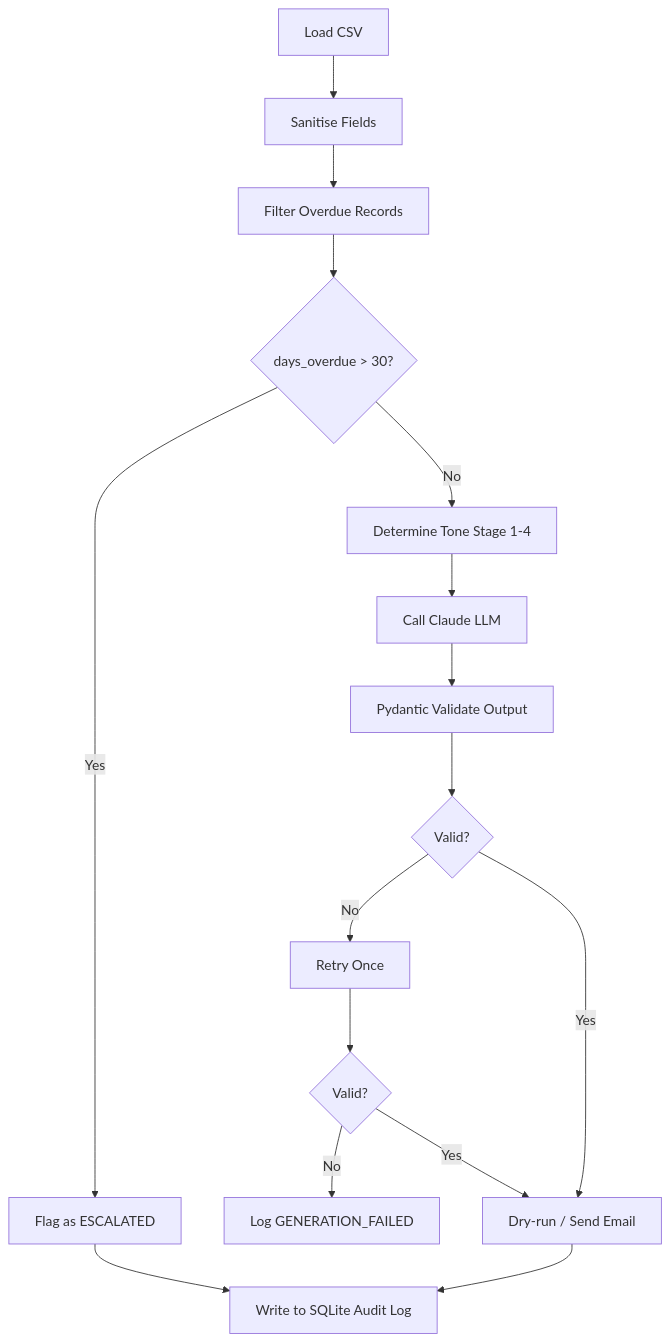
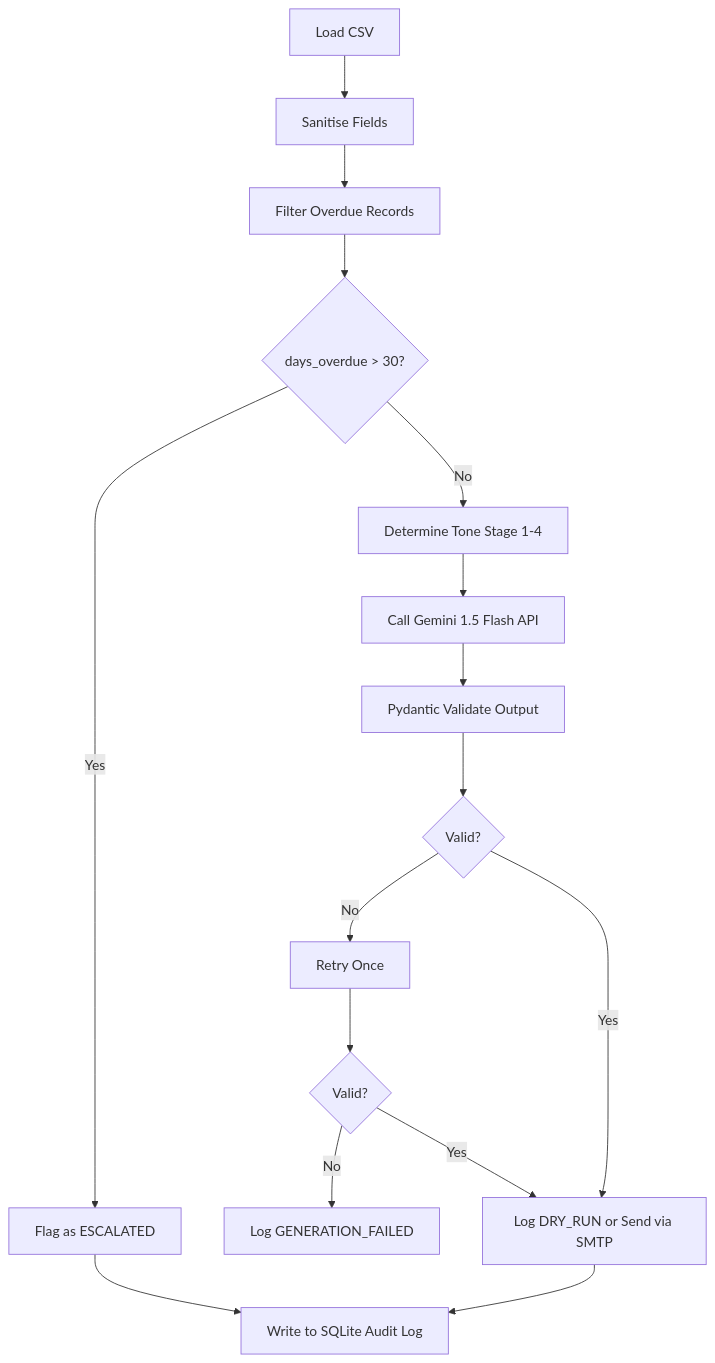
Before and after one commit to gauravYadav647/finance-email-agent: the diagram in README.md, drawn with Mermaid. The commit also changed other lines of this file and 4 other files, not shown here.

Commit message:
Fix: Gemini LLM, DRY_RUN mode, security mitigations

````diff
--- a/README.md
+++ b/README.md
@@ -13,18 +13,18 @@
 ```mermaid
 graph TD
   A[Load CSV] --> B[Sanitise Fields]
   B --> C[Filter Overdue Records]
   C --> D{days_overdue > 30?}
   D -- Yes --> E[Flag as ESCALATED]
   D -- No --> F[Determine Tone Stage 1-4]
-  F --> G[Call Claude LLM]
+  F --> G[Call Gemini 1.5 Flash API]
   G --> H[Pydantic Validate Output]
   H --> I{Valid?}
   I -- No --> J[Retry Once]
   J --> K{Valid?}
   K -- No --> L[Log GENERATION_FAILED]
-  K -- Yes --> M[Dry-run / Send Email]
+  K -- Yes --> M[Log DRY_RUN or Send via SMTP]
   I -- Yes --> M
   M --> N[Write to SQLite Audit Log]
   E --> N
 ```
````
